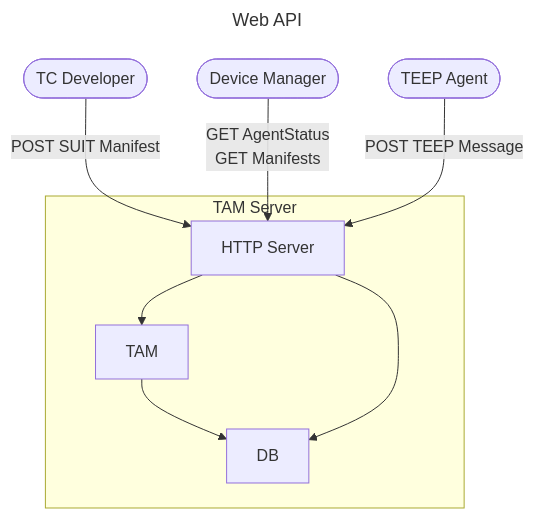
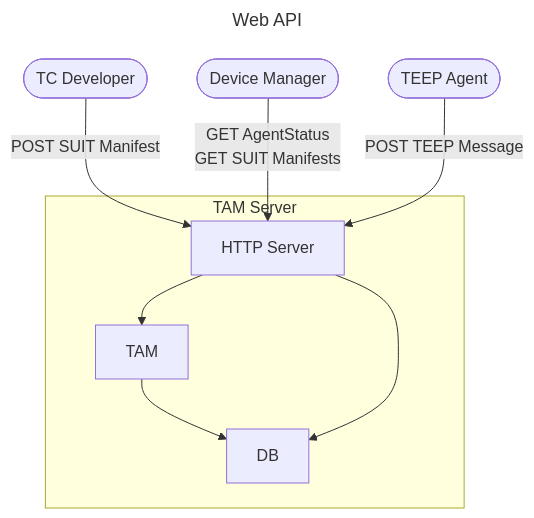
Before and after one commit to kentakayama/tam-over-http: the diagram in doc/EXTERNAL_DESIGN.md, drawn with Mermaid.

Commit message:
Update GET request for SUIT Manifests in design doc

````diff
--- a/doc/EXTERNAL_DESIGN.md
+++ b/doc/EXTERNAL_DESIGN.md
@@ -3,22 +3,22 @@
 ```mermaid
 ---
 title: Web API
 ---
 
 flowchart TB
 
 TCDeveloper([TC Developer]) -- POST SUIT Manifest --> HTTPServer
-DeviceManager([Device Manager]) -- GET AgentStatus<br/>GET Manifests --> HTTPServer
+DeviceManager([Device Manager]) -- GET AgentStatus<br/>GET SUIT Manifests --> HTTPServer
 TEEPAgent([TEEP Agent]) -- POST TEEP Message --> HTTPServer
 
 subgraph TAM Server
     HTTPServer[HTTP Server]
     TAMoverHTTP[TAM]
     DBMS[DB]
 
     HTTPServer --> TAMoverHTTP
     TAMoverHTTP --> DBMS
     HTTPServer --> DBMS
 end
 
 ```
````
